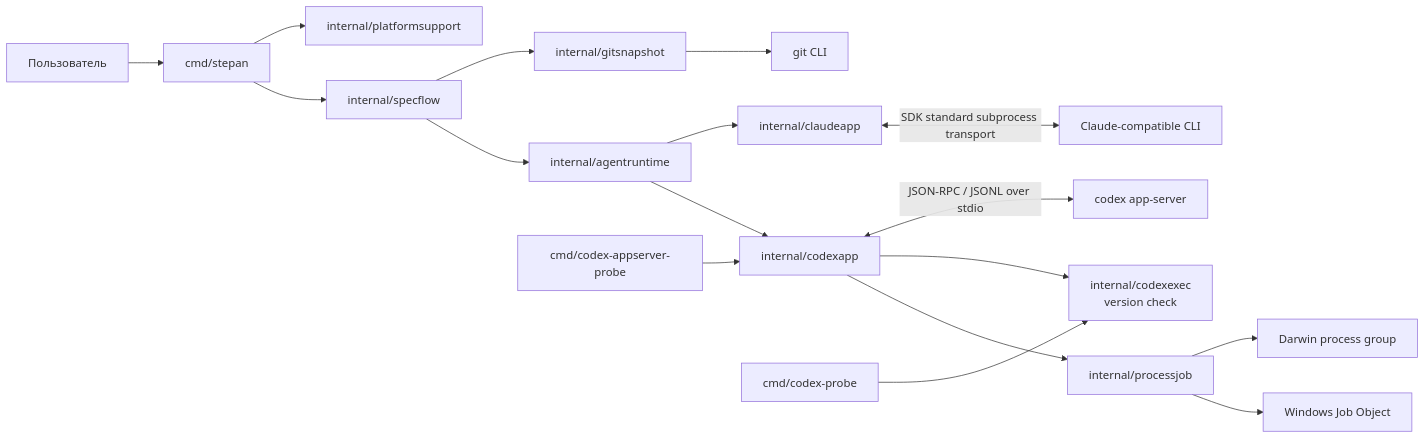
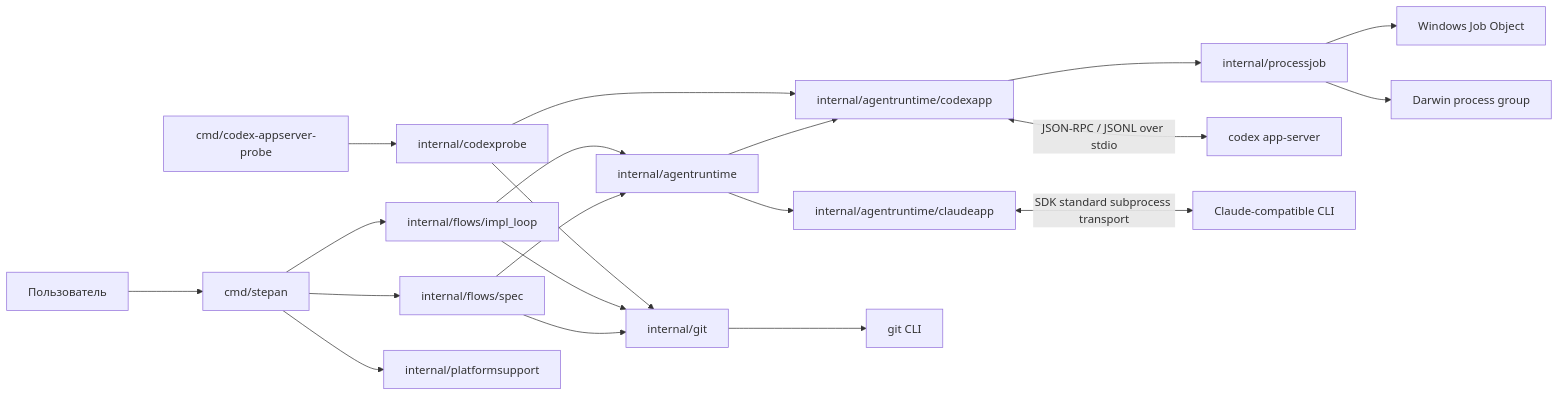
One commit to AndrMoiseev/stepan changed the first of 2 diagrams in docs/adr/0002-current-stack-and-architecture.md. Above: the diagram before and after it, drawn with Mermaid. The commit also changed other lines of this file and 583 other files, not shown here.

````diff
--- a/docs/adr/0002-current-stack-and-architecture.md
+++ b/docs/adr/0002-current-stack-and-architecture.md
@@ -43,20 +44,23 @@
 ```mermaid
 flowchart LR
     User[Пользователь] --> CLI[cmd/stepan]
-    CLI --> Flow[internal/specflow]
-    Flow --> Contract[internal/agentruntime]
-    Contract --> App[internal/codexapp]
-    Contract --> Claude[internal/claudeapp]
-    Flow --> Git[internal/gitsnapshot]
+    CLI --> FeatureFlow[internal/flows/spec]
+    CLI --> ImplementationFlow[internal/flows/impl_loop]
+    FeatureFlow --> Contract[internal/agentruntime]
+    ImplementationFlow --> Contract
+    Contract --> App[internal/agentruntime/codexapp]
+    Contract --> Claude[internal/agentruntime/claudeapp]
+    FeatureFlow --> Git[internal/git]
+    ImplementationFlow --> Git
     App --> Job[internal/processjob]
+    Probe[internal/codexprobe] --> App
+    Probe --> Git
     CLI --> Platform[internal/platformsupport]
-    App --> Legacy[internal/codexexec\nversion check]
     App <-->|JSON-RPC / JSONL over stdio| Codex[codex app-server]
     Claude <-->|SDK standard subprocess transport| ClaudeCLI[Claude-compatible CLI]
     Git --> GitCLI[git CLI]
     Job --> Win[Windows Job Object]
     Job --> Mac[Darwin process group]
 
-    Probe1[cmd/codex-appserver-probe] --> App
-    Probe2[cmd/codex-probe] --> Legacy
+    Probe1[cmd/codex-appserver-probe] --> Probe
 ```
````
